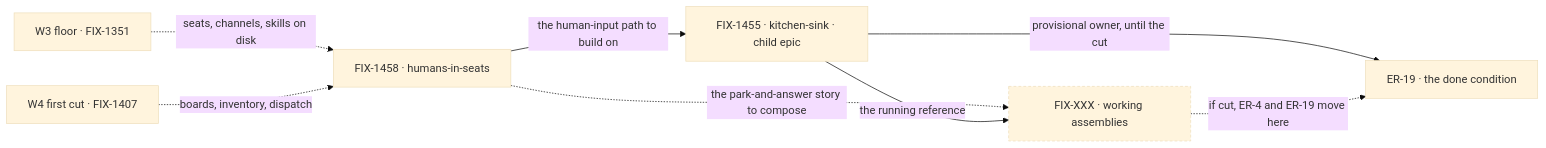
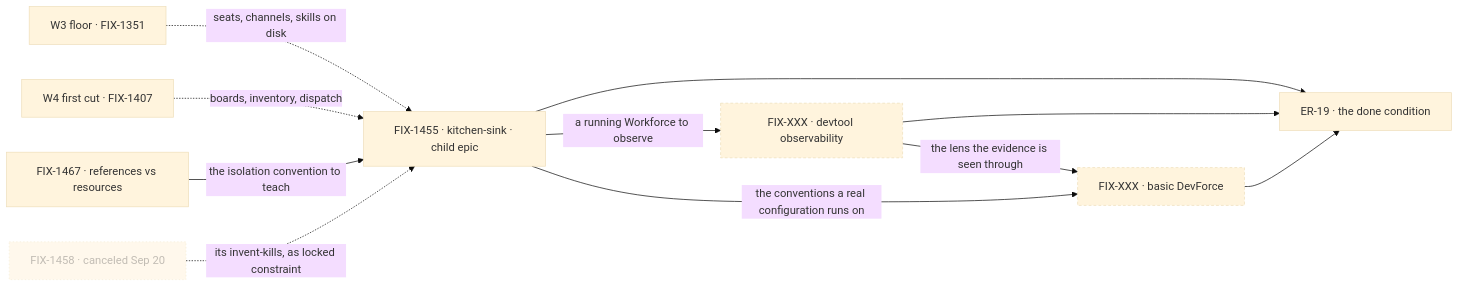
The diagram in spec/_epics/living-workforce/SPEC.md (fixpoint-labs/flow-state-dev), drawn with Mermaid (base theme) before and after one commit. The commit also changed other lines of this file and 6 other files, not shown here.

First line of the commit message:
spec(epic): re-cut W5 — prove Workforce ships; FIX-1458 canceled (FIX-1457)

````diff
--- a/spec/_epics/living-workforce/SPEC.md
+++ b/spec/_epics/living-workforce/SPEC.md
@@ -69,12 +66,17 @@
 ```mermaid
 flowchart LR
-  W3["W3 floor · FIX-1351"] -.->|"seats, channels, skills on disk"| E
-  W4["W4 first cut · FIX-1407"] -.->|"boards, inventory, dispatch"| E
-  E["FIX-1458 · humans-in-seats"] -->|"the human-input path to build on"| K["FIX-1455 · kitchen-sink · child epic"]
-  E -.->|"the park-and-answer story to compose"| A["FIX-XXX · working assemblies"]
-  K -->|"the running reference"| A
-  K -->|"provisional owner, until the cut"| P["ER-19 · the done condition"]
-  A -.->|"if cut, ER-4 and ER-19 move here"| P
+  W3["W3 floor · FIX-1351"] -.->|"seats, channels, skills on disk"| K
+  W4["W4 first cut · FIX-1407"] -.->|"boards, inventory, dispatch"| K
+  R["FIX-1467 · references vs resources"] -->|"the isolation convention to teach"| K["FIX-1455 · kitchen-sink · child epic"]
+  K -->|"a running Workforce to observe"| T["FIX-XXX · devtool observability"]
+  T -->|"the lens the evidence is seen through"| F["FIX-XXX · basic DevForce"]
+  K -->|"the conventions a real configuration runs on"| F
+  K --> P["ER-19 · the done condition"]
+  T --> P
+  F --> P
+  X["FIX-1458 · canceled Sep 20"] -.->|"its invent-kills, as locked constraint"| K
   classDef proposed stroke-dasharray:4 3
-  class A proposed
+  classDef gone stroke-dasharray:2 3,opacity:0.55
+  class T,F proposed
+  class X gone
 ```
````
